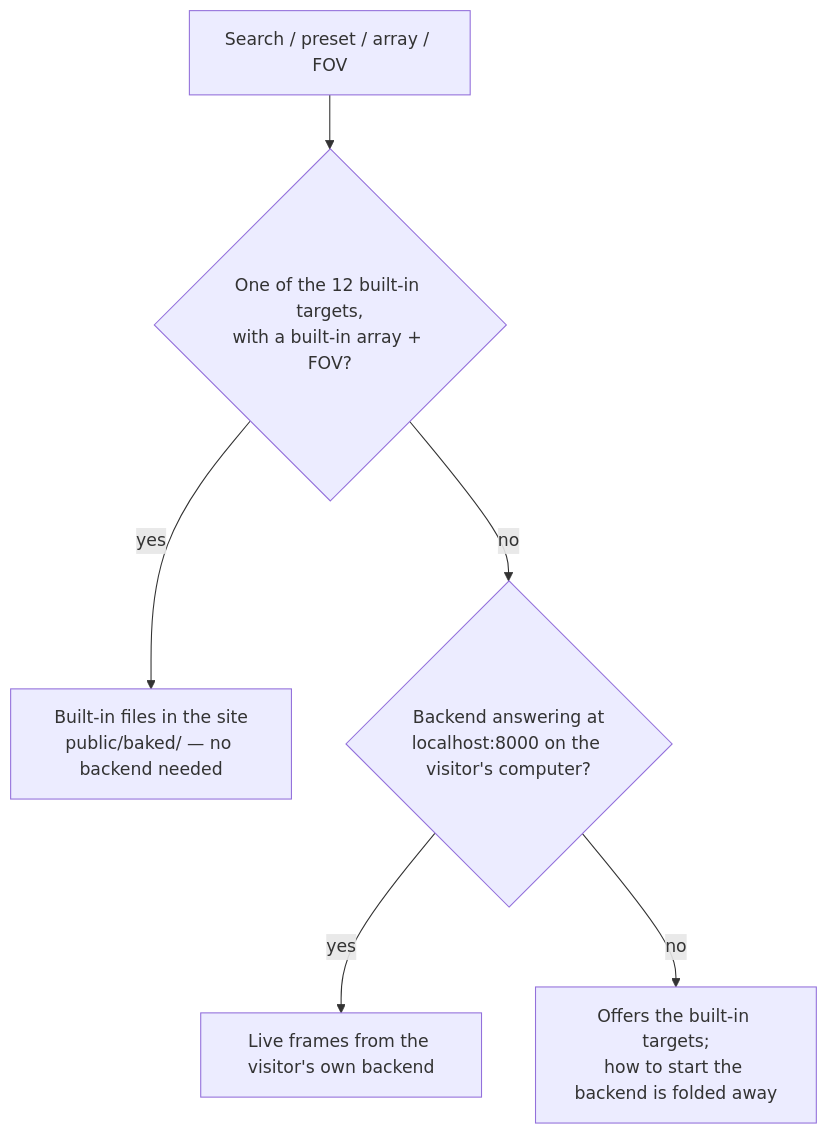
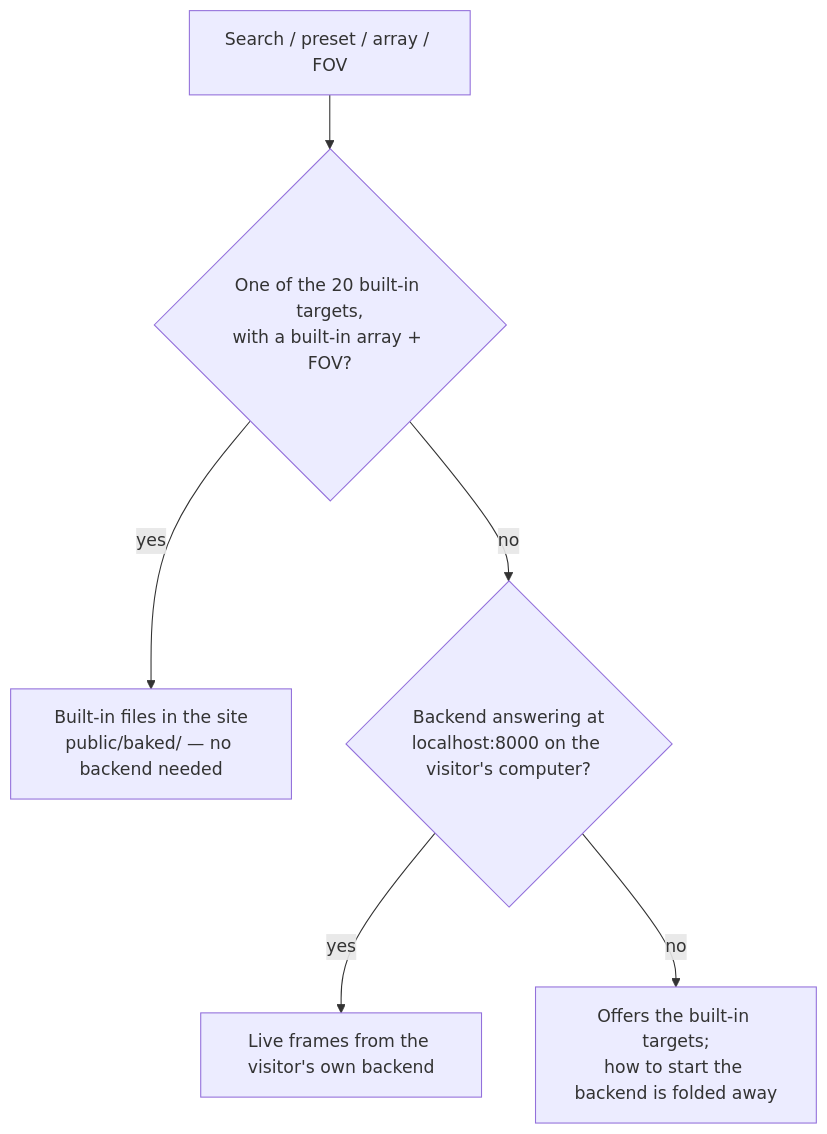
The first of 2 diagrams in README.md (MinionYuriTeam/minion-yuri-SphereX), drawn with Mermaid before and after one commit. The commit also changed other lines of this file and 2488 other files, not shown here.

First line of the commit message:
Built-in targets: 8 more baked, 20 in total

````diff
--- a/README.md
+++ b/README.md
@@ -205,8 +205,8 @@
 ```mermaid
 flowchart TD
-    S[Search / preset / array / FOV] --> Q{One of the 12 built-in targets,<br/>with a built-in array + FOV?}
+    S[Search / preset / array / FOV] --> Q{One of the 20 built-in targets,<br/>with a built-in array + FOV?}
     Q -- yes --> B[Built-in files in the site<br/>public/baked/ — no backend needed]
     Q -- no --> L{Backend answering at<br/>localhost:8000 on the visitor's computer?}
     L -- yes --> R[Live frames from the visitor's own backend]
     L -- no --> H[Offers the built-in targets;<br/>how to start the backend is folded away]
 ```
````
